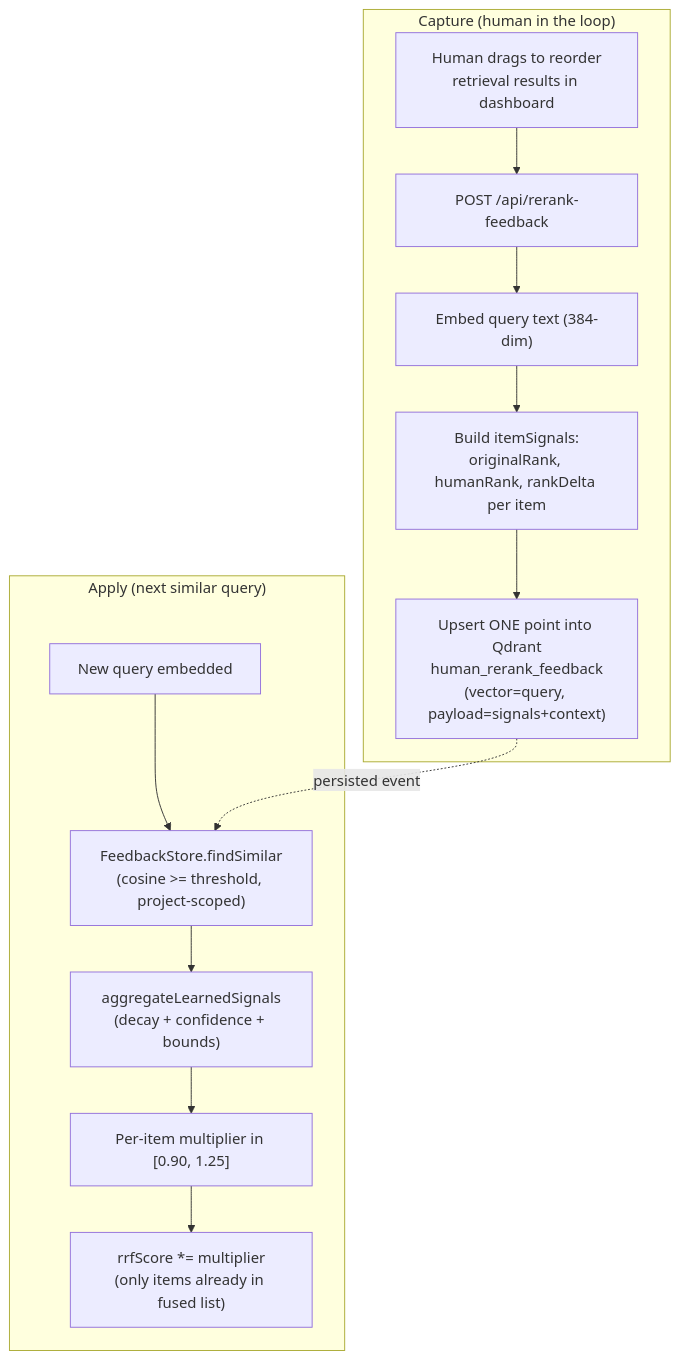
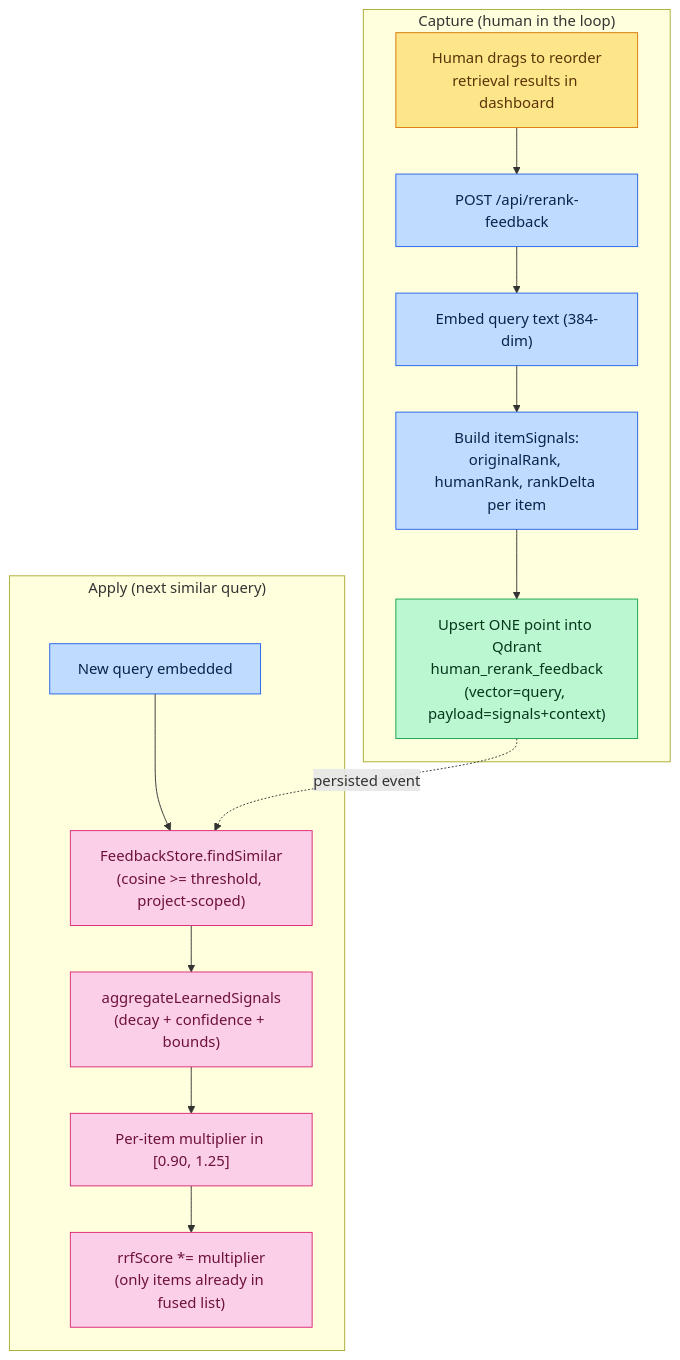
The sixth of 9 diagrams in Observational_Memory.md (ritwik-ghosh09/Agent-Agnostic-Observational-Memory), drawn with Mermaid before and after one commit. The commit also changed other lines of this file and 2 other files, not shown here.

First line of the commit message:
docs: deepen human-feedback reranking, tuning controls, and embedder fine-tuning in Observational_Memory.md

````diff
--- a/Observational_Memory.md
+++ b/Observational_Memory.md
@@ -395,16 +434,25 @@
 ```mermaid
 graph TD
     subgraph Capture["Capture (human in the loop)"]
         H["Human drags to reorder<br/>retrieval results in dashboard"] --> P["POST /api/rerank-feedback"]
         P --> E["Embed query text (384-dim)"]
         E --> S["Build itemSignals:<br/>originalRank, humanRank, rankDelta per item"]
         S --> U["Upsert ONE point into Qdrant<br/>human_rerank_feedback<br/>(vector=query, payload=signals+context)"]
     end
     subgraph Apply["Apply (next similar query)"]
         NQ["New query embedded"] --> FS["FeedbackStore.findSimilar<br/>(cosine >= threshold, project-scoped)"]
         FS --> AG["aggregateLearnedSignals<br/>(decay + confidence + bounds)"]
         AG --> M["Per-item multiplier in [0.90, 1.25]"]
         M --> BOOST["rrfScore *= multiplier<br/>(only items already in fused list)"]
     end
     U -.->|"persisted event"| FS
+
+    classDef human fill:#fde68a,stroke:#d97706,stroke-width:1px,color:#5a3408;
+    classDef compute fill:#bfdbfe,stroke:#2563eb,stroke-width:1px,color:#0b2447;
+    classDef store fill:#bbf7d0,stroke:#16a34a,stroke-width:1px,color:#06371d;
+    classDef rerank fill:#fbcfe8,stroke:#db2777,stroke-width:1px,color:#6d1238;
+    class H human;
+    class P,E,S,NQ compute;
+    class U store;
+    class FS,AG,M,BOOST rerank;
 ```
````
